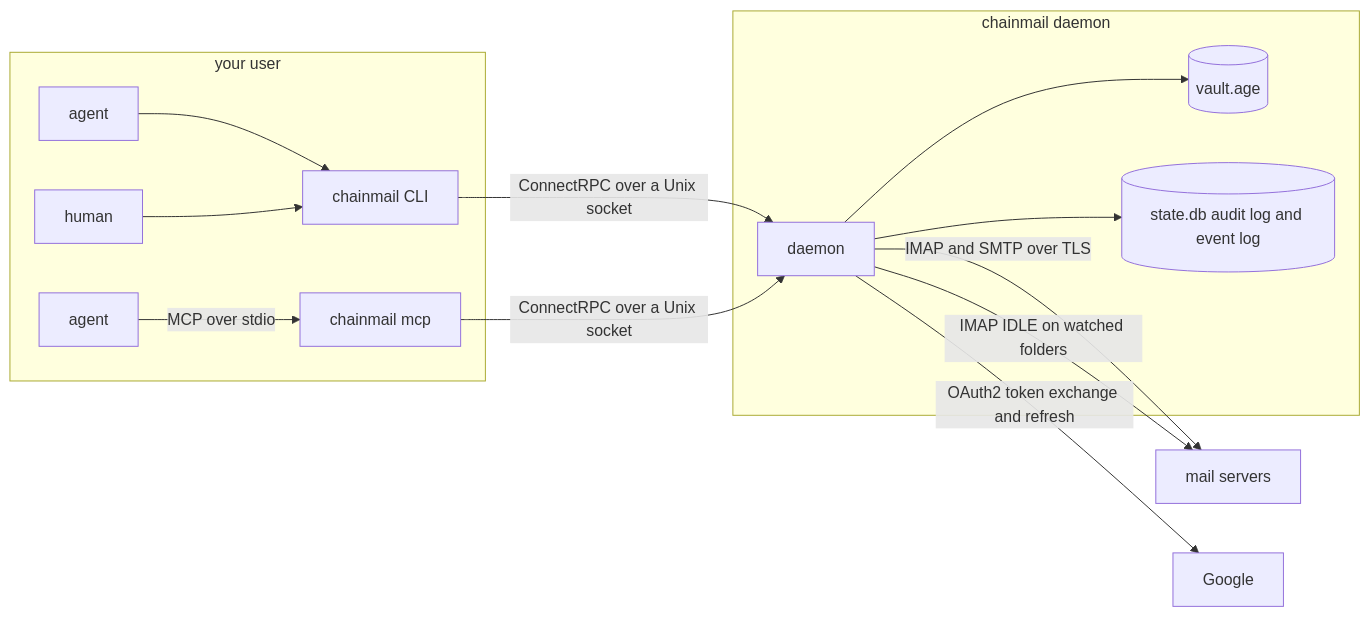
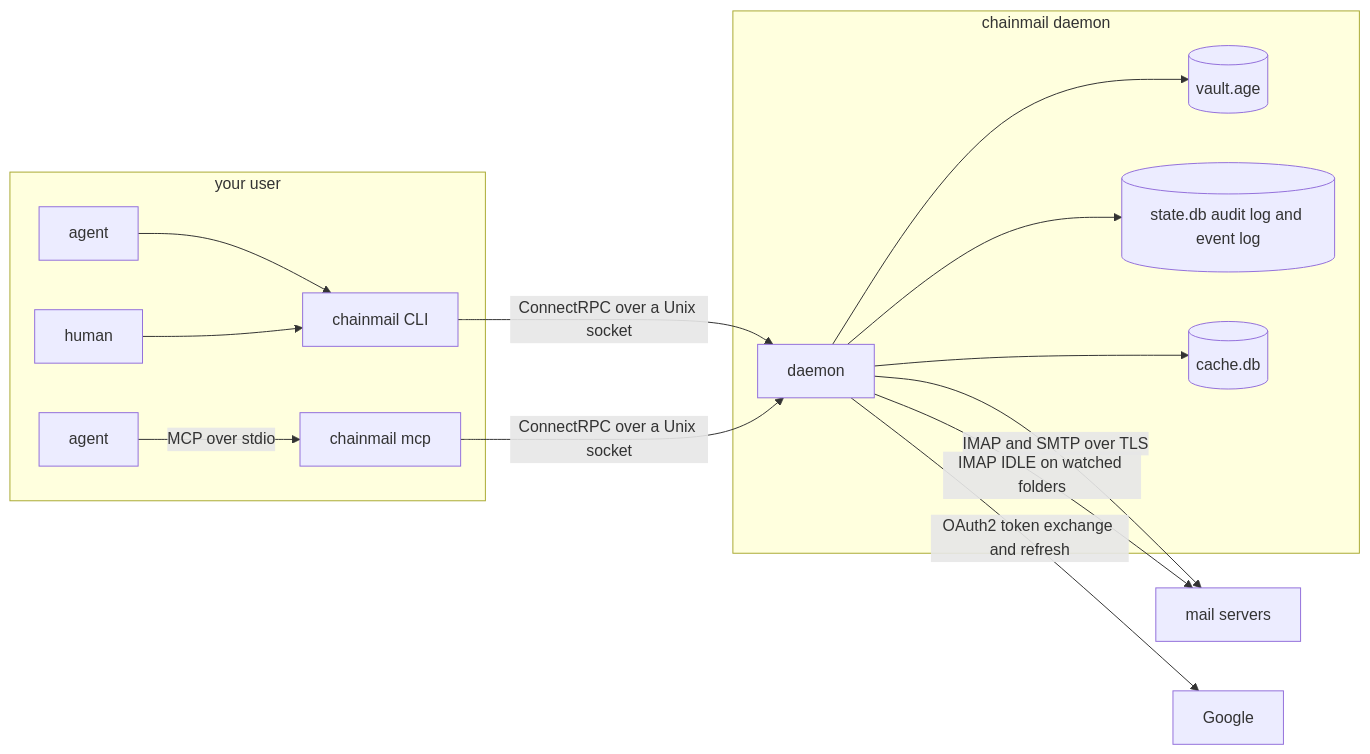
Before and after one commit to yaklabco/chainmail: the diagram in README.md, drawn with Mermaid. The commit also changed other lines of this file and 192 other files, not shown here.

````diff
--- a/README.md
+++ b/README.md
@@ -7,17 +7,18 @@
 ```mermaid
 flowchart LR
   subgraph you["your user"]
     A1[agent] --> CLI[chainmail CLI]
     A2[agent] -- "MCP over stdio" --> MCP[chainmail mcp]
     H[human] --> CLI
   end
   CLI -- "ConnectRPC over a Unix socket" --> D
   MCP -- "ConnectRPC over a Unix socket" --> D
   subgraph daemon["chainmail daemon"]
     D[daemon] --> V[(vault.age)]
     D --> S[(state.db audit log and event log)]
+    D --> C[(cache.db)]
   end
   D -- "IMAP and SMTP over TLS" --> M[mail servers]
   D -- "IMAP IDLE on watched folders" --> M
   D -- "OAuth2 token exchange and refresh" --> G[Google]
 ```
````
